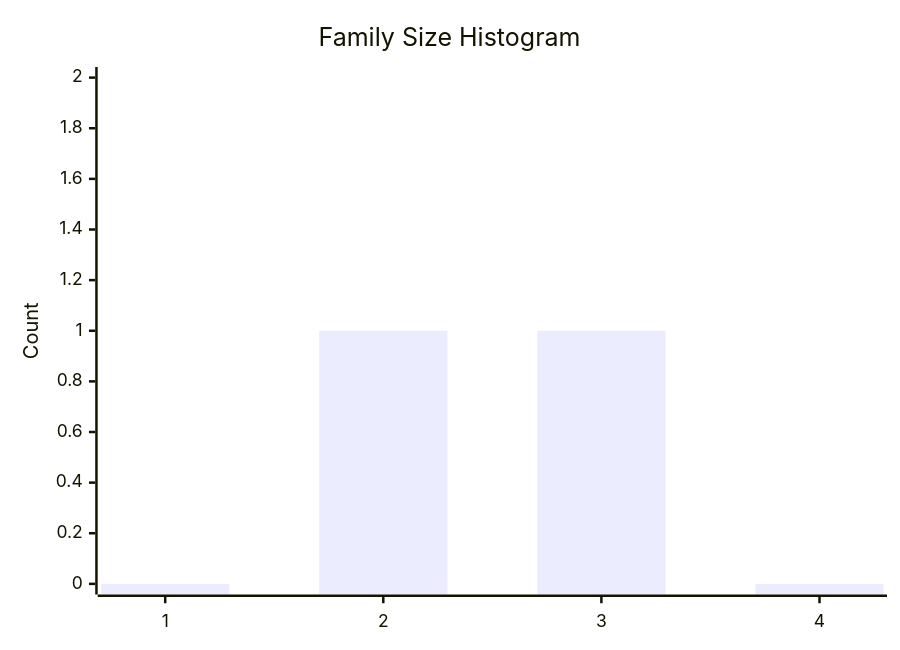
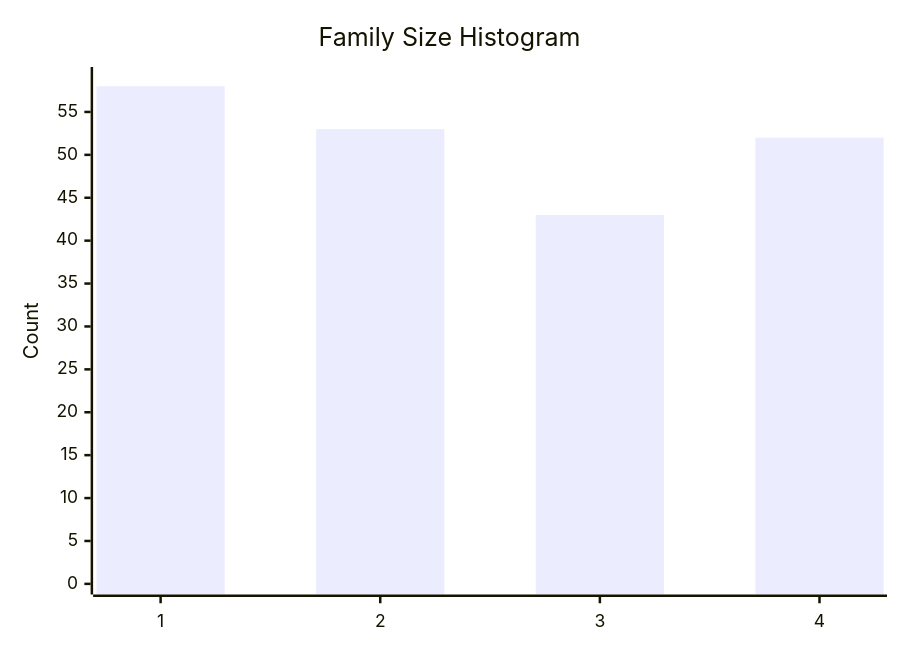
One commit to dhagan-va/intern-2025 changed the fifth of 10 diagrams in test-tools/DataGen/src/Statistics_Visualizer.md. Above: the diagram before and after it, drawn with Mermaid. The commit also changed other lines of this file and 4 other files, not shown here.

````diff
--- a/test-tools/DataGen/src/Statistics_Visualizer.md
+++ b/test-tools/DataGen/src/Statistics_Visualizer.md
@@ -60,7 +60,7 @@
 ```mermaid
 xychart-beta
     title "Family Size Histogram"
     x-axis ["1", "2", "3", "4"]
-    y-axis "Count" 0 --> 2
-    bar [0, 1, 1, 0]
+    y-axis "Count" 0 --> 59
+    bar [58, 53, 43, 52]
 ```
````
